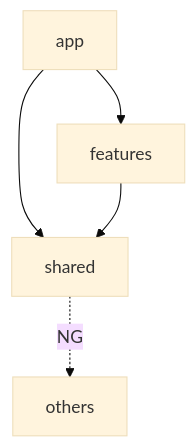
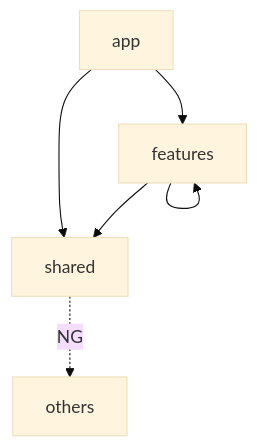
Before and after one commit to gznnk/json-draw-prealph: the diagram in DEPENDENCY_RULES.md, drawn with Mermaid (base theme). The commit also changed 2 other files, not shown here.

Commit message:
ESLint boundaries関連修正断念

````diff
--- a/DEPENDENCY_RULES.md
+++ b/DEPENDENCY_RULES.md
@@ -5,7 +5,8 @@
 ```mermaid
 graph TD
     app --> features
     app --> shared
     features --> shared
+    features --> features
     shared -. NG .-> others
 ```
````
